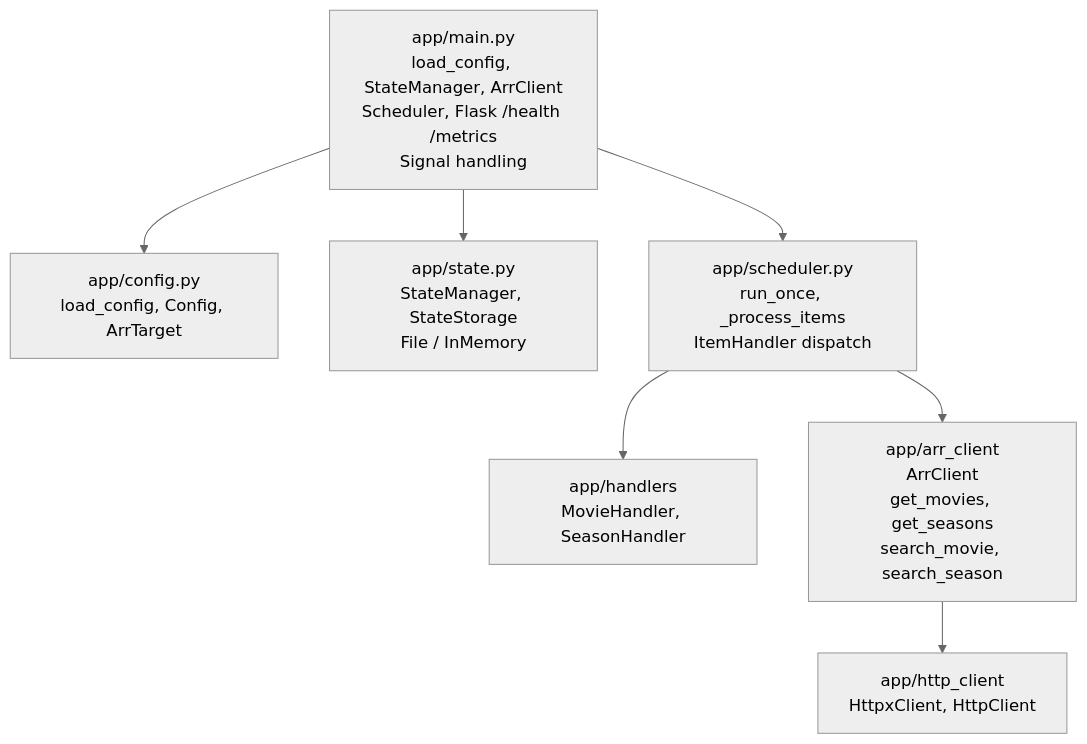
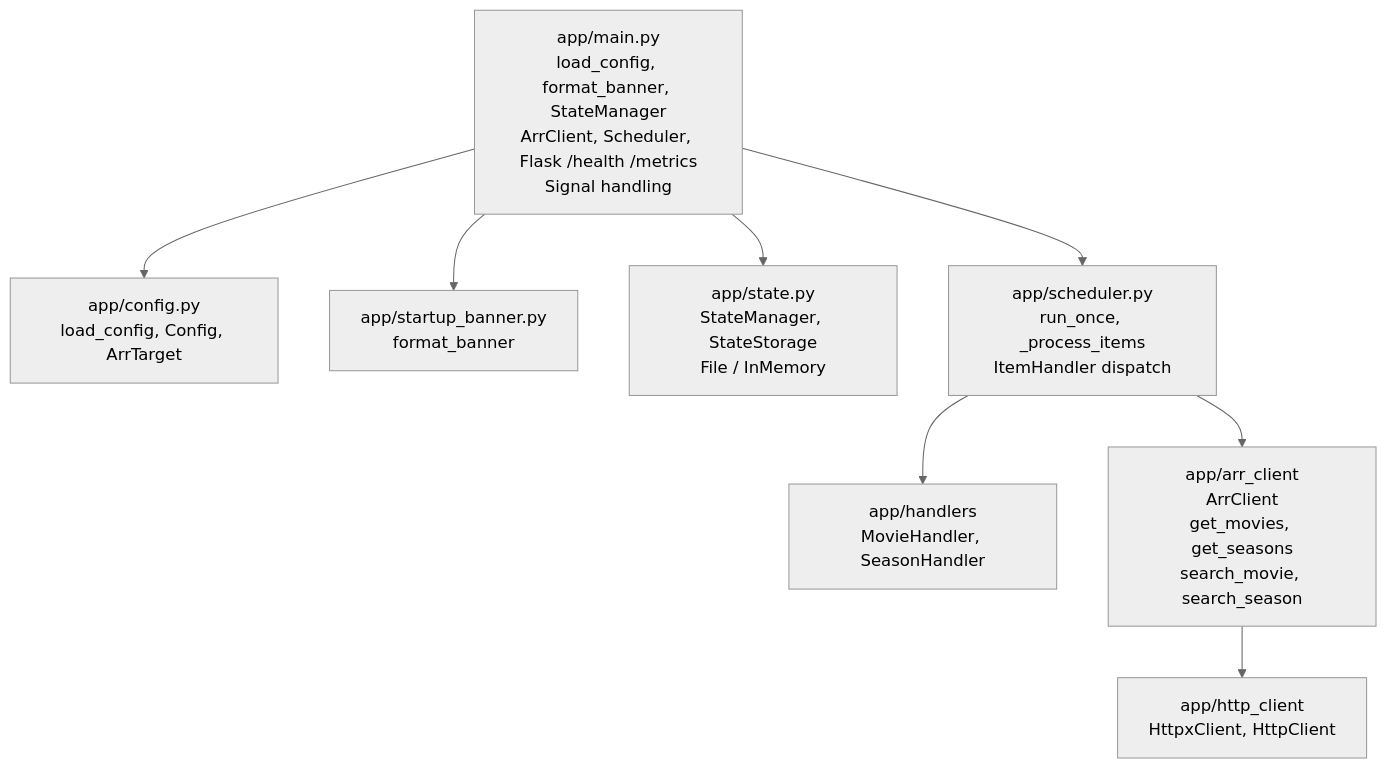
The diagram in SYSTEM.md (peterjdolan/gatherarr), drawn with Mermaid (neutral theme) before and after one commit. The commit also changed other lines of this file and 3 other files, not shown here.

First line of the commit message:
Application startup banner (#34)

````diff
--- a/SYSTEM.md
+++ b/SYSTEM.md
@@ -18,17 +18,19 @@
 ```mermaid
 flowchart TD
-    Main["app/main.py<br>load_config, StateManager, ArrClient<br>Scheduler, Flask /health /metrics<br>Signal handling"]
+    Main["app/main.py<br>load_config, format_banner, StateManager<br>ArrClient, Scheduler, Flask /health /metrics<br>Signal handling"]
     Config["app/config.py<br>load_config, Config, ArrTarget"]
+    Banner["app/startup_banner.py<br>format_banner"]
     State["app/state.py<br>StateManager, StateStorage<br>File / InMemory"]
     Scheduler["app/scheduler.py<br>run_once, _process_items<br>ItemHandler dispatch"]
     Handlers["app/handlers<br>MovieHandler, SeasonHandler"]
     ArrClient["app/arr_client<br>ArrClient<br>get_movies, get_seasons<br>search_movie, search_season"]
     HttpClient["app/http_client<br>HttpxClient, HttpClient"]
 
     Main --> Config
+    Main --> Banner
     Main --> State
     Main --> Scheduler
     Scheduler --> Handlers
     Scheduler --> ArrClient
     ArrClient --> HttpClient
 ```
````
